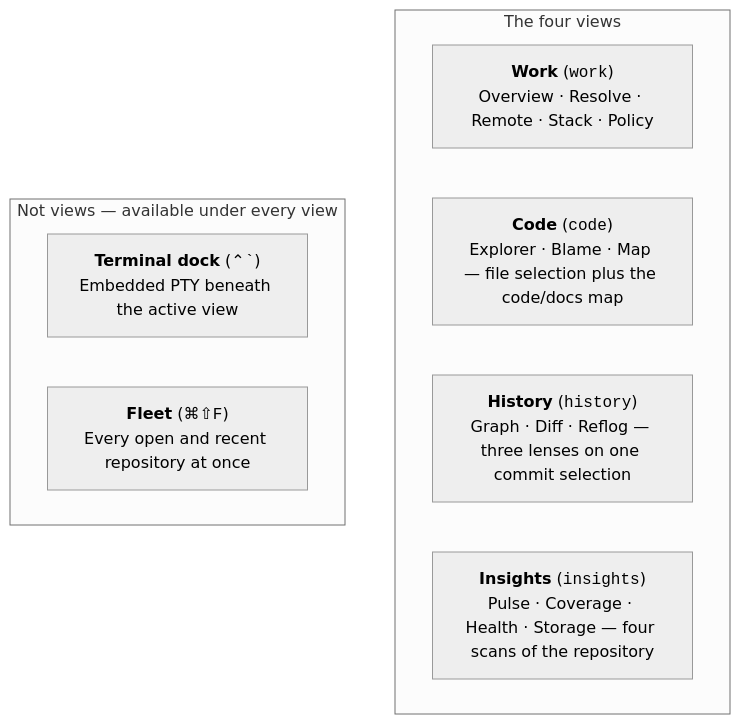
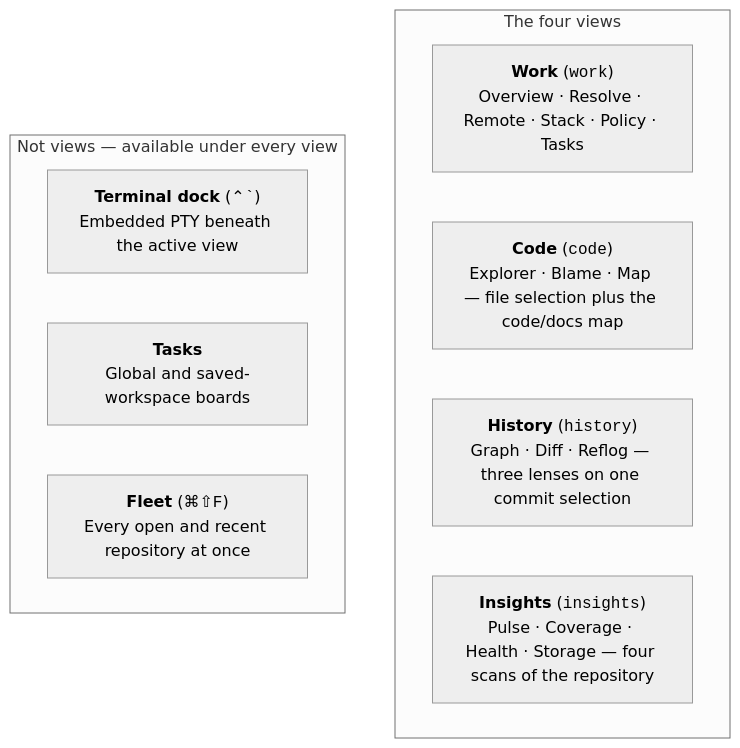
The first of 2 diagrams in docs/FEATURES.md (bharathvbcr/GitPulse), drawn with Mermaid (neutral theme) before and after one commit. The commit also changed other lines of this file and 23 other files, not shown here.

Commit message:
docs: refresh task workflows, architecture, and contributor guidance

````diff
--- a/docs/FEATURES.md
+++ b/docs/FEATURES.md
@@ -21,14 +21,15 @@
 ```mermaid
 flowchart TD
     subgraph ViewGroup["The four views"]
-        Work["<b>Work</b> (<code>work</code>)<br/>Overview · Resolve · Remote · Stack · Policy"]
+        Work["<b>Work</b> (<code>work</code>)<br/>Overview · Resolve · Remote · Stack · Policy · Tasks"]
         Code["<b>Code</b> (<code>code</code>)<br/>Explorer · Blame · Map — file selection plus the code/docs map"]
         History["<b>History</b> (<code>history</code>)<br/>Graph · Diff · Reflog — three lenses on one commit selection"]
         Insights["<b>Insights</b> (<code>insights</code>)<br/>Pulse · Coverage · Health · Storage — four scans of the repository"]
     end
 
     subgraph NotViews["Not views — available under every view"]
         Terminal["<b>Terminal dock</b> (<code>⌃`</code>)<br/>Embedded PTY beneath the active view"]
+        Tasks["<b>Tasks</b><br/>Global and saved-workspace boards"]
         Fleet["<b>Fleet</b> (<code>⌘⇧F</code>)<br/>Every open and recent repository at once"]
     end
 ```
````
